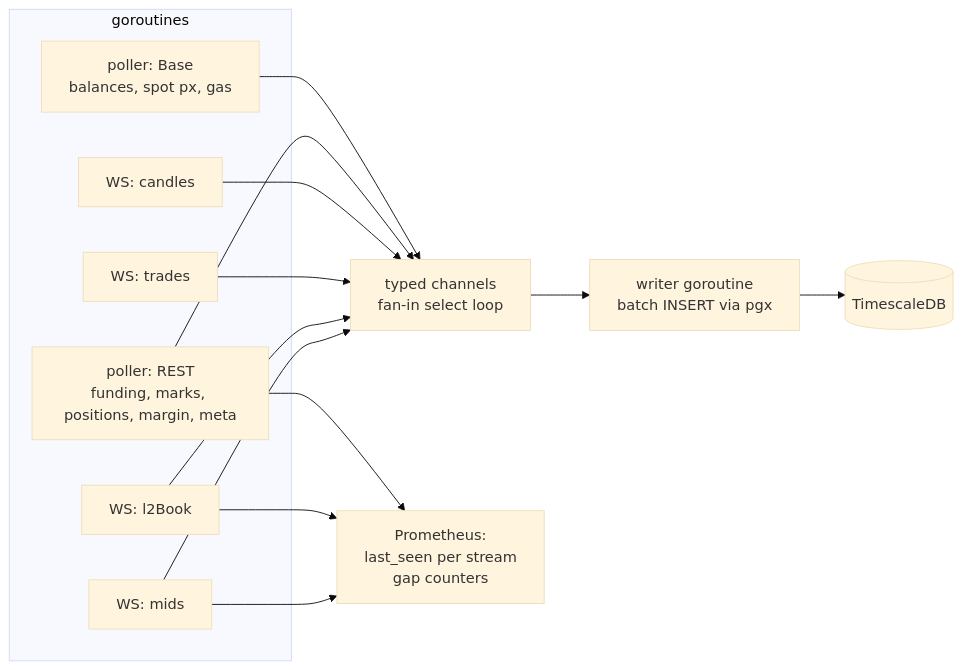
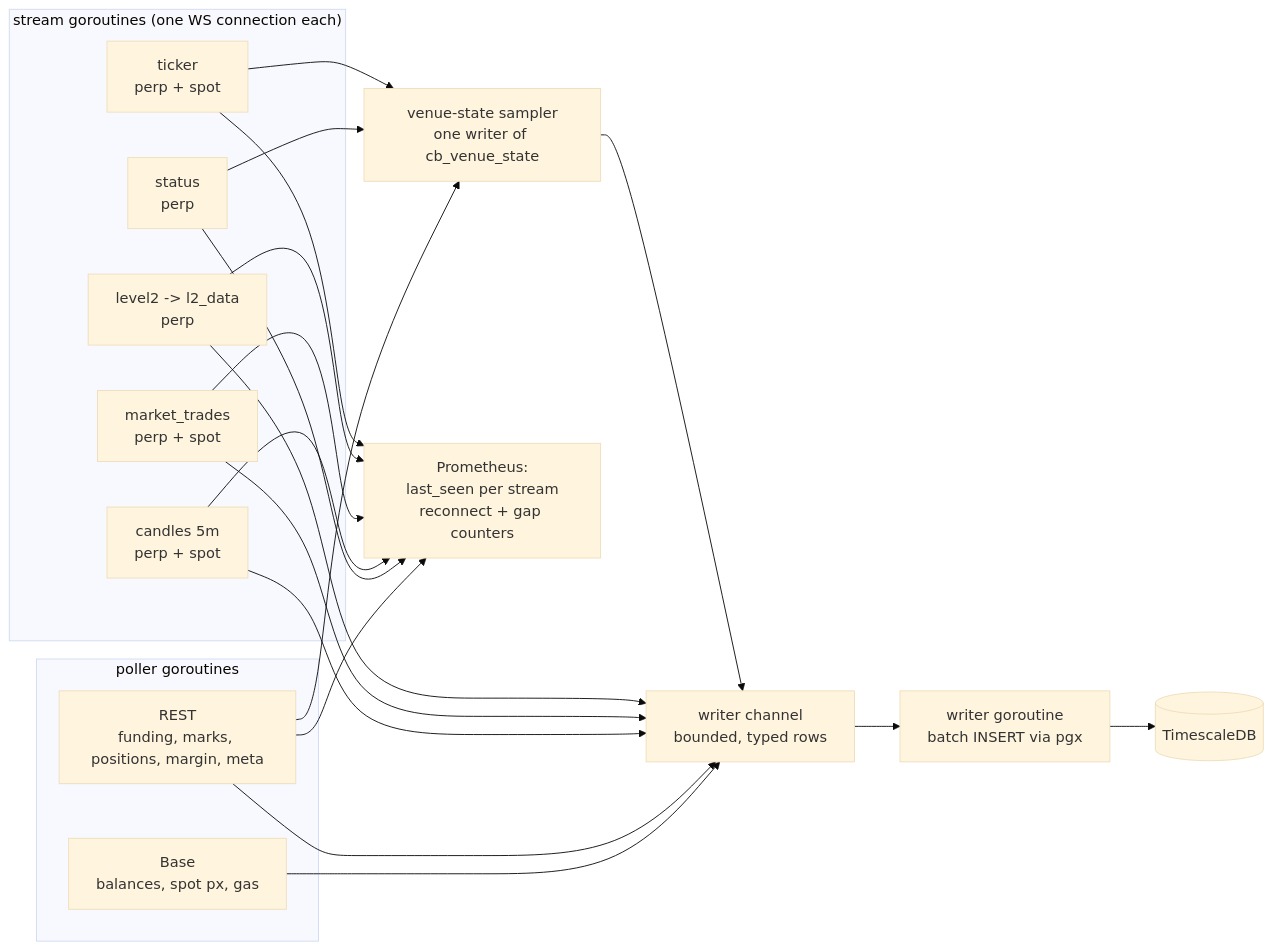
The third of 10 diagrams in docs/architecture.md (Jason-Dorman/funding-carry), drawn with Mermaid (base theme) before and after one commit. The commit also changed other lines of this file and 54 other files, not shown here.

````diff
--- a/docs/architecture.md
+++ b/docs/architecture.md
@@ -108,22 +108,31 @@
 ```mermaid
 graph LR
-    subgraph "goroutines"
-        G1[WS: mids]
-        G2[WS: l2Book]
-        G3[WS: trades]
-        G4[WS: candles]
-        G5["poller: REST<br/>funding, marks, positions, margin, meta"]
-        G6[poller: Base<br/>balances, spot px, gas]
+    subgraph "stream goroutines (one WS connection each)"
+        G1["ticker<br/>perp + spot"]
+        G2["level2 -> l2_data<br/>perp"]
+        G3["market_trades<br/>perp + spot"]
+        G4["candles 5m<br/>perp + spot"]
+        G5["status<br/>perp"]
     end
-    G1 --> CH[typed channels<br/>fan-in select loop]
+    subgraph "poller goroutines"
+        G6["REST<br/>funding, marks, positions, margin, meta"]
+        G7["Base<br/>balances, spot px, gas"]
+    end
+    G1 --> VS["venue-state sampler<br/>one writer of cb_venue_state"]
+    G5 --> VS
+    G6 --> VS
+    VS --> CH["writer channel<br/>bounded, typed rows"]
     G2 --> CH
     G3 --> CH
     G4 --> CH
-    G5 --> CH
     G6 --> CH
+    G7 --> CH
     CH --> W[writer goroutine<br/>batch INSERT via pgx]
     W --> DB[(TimescaleDB)]
-    G1 --> M[Prometheus:<br/>last_seen per stream<br/>gap counters]
+    G1 --> M[Prometheus:<br/>last_seen per stream<br/>reconnect + gap counters]
     G2 --> M
+    G3 --> M
+    G4 --> M
     G5 --> M
+    G6 --> M
 ```
````
